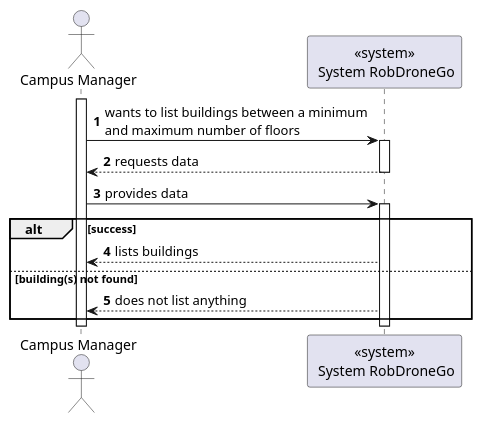
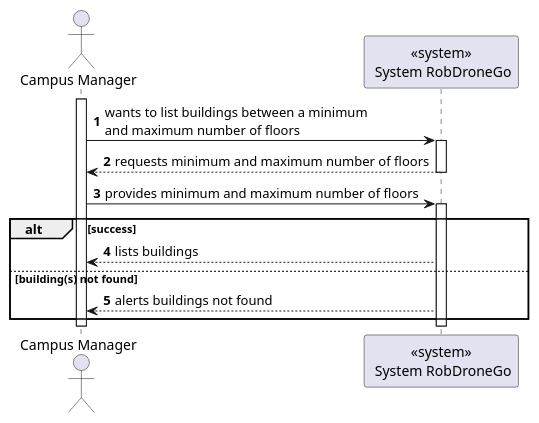
The diagram in docs/us1080/level1/process-view.puml (Departamento-de-Engenharia-Informatica/lapr5-23-24-g19), drawn with PlantUML before and after one commit. The commit also changed 7 other files, not shown here.

```diff
--- a/docs/us1080/level1/process-view.puml
+++ b/docs/us1080/level1/process-view.puml
@@ -1,24 +1,24 @@
 @startuml
 autonumber
 
 actor "Campus Manager" as usr
 
 participant "<<system>>\n System RobDroneGo" as sys
 
 activate usr
     usr -> sys : wants to list buildings between a minimum\nand maximum number of floors
     activate sys
-        sys --> usr : requests data
+        sys --> usr : requests minimum and maximum number of floors
     deactivate sys
 
-    usr -> sys : provides data
+    usr -> sys : provides minimum and maximum number of floors
     activate sys
     alt success
         sys --> usr : lists buildings
     else building(s) not found
-        sys --> usr : does not list anything
+        sys --> usr : alerts buildings not found
     end
     deactivate sys
 deactivate usr
 
 @enduml
```
